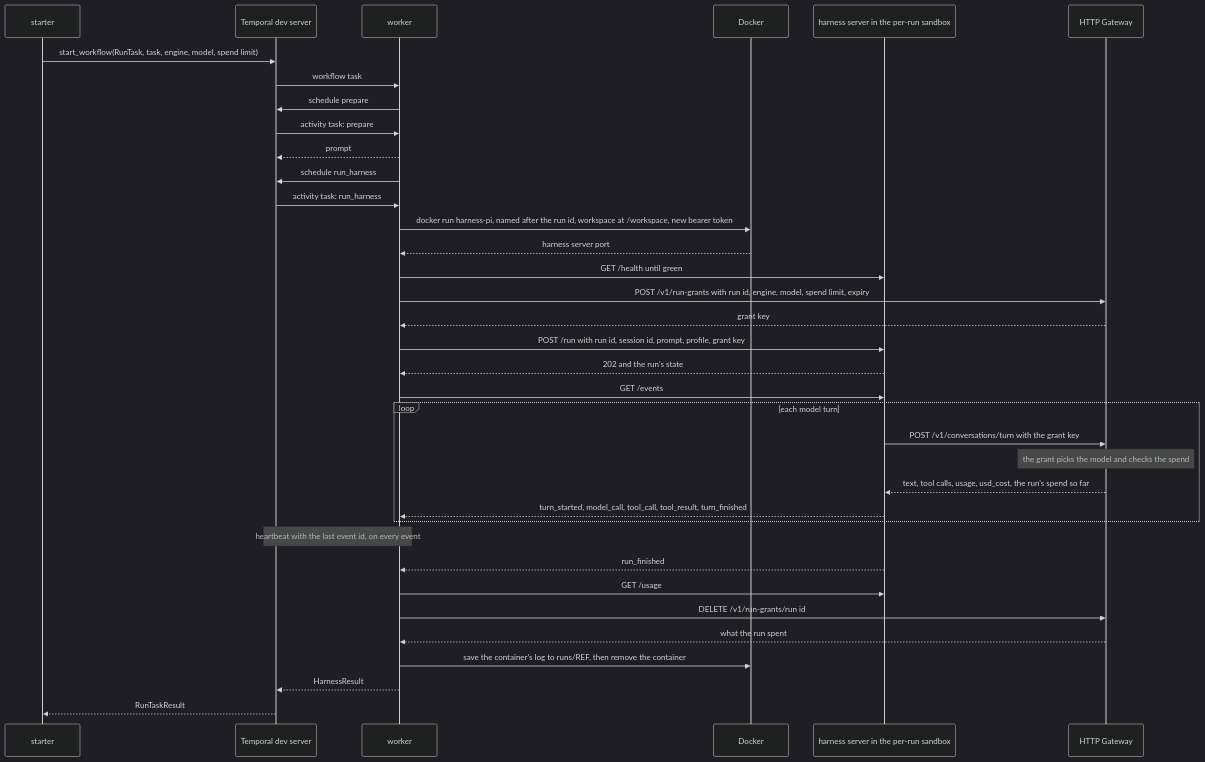
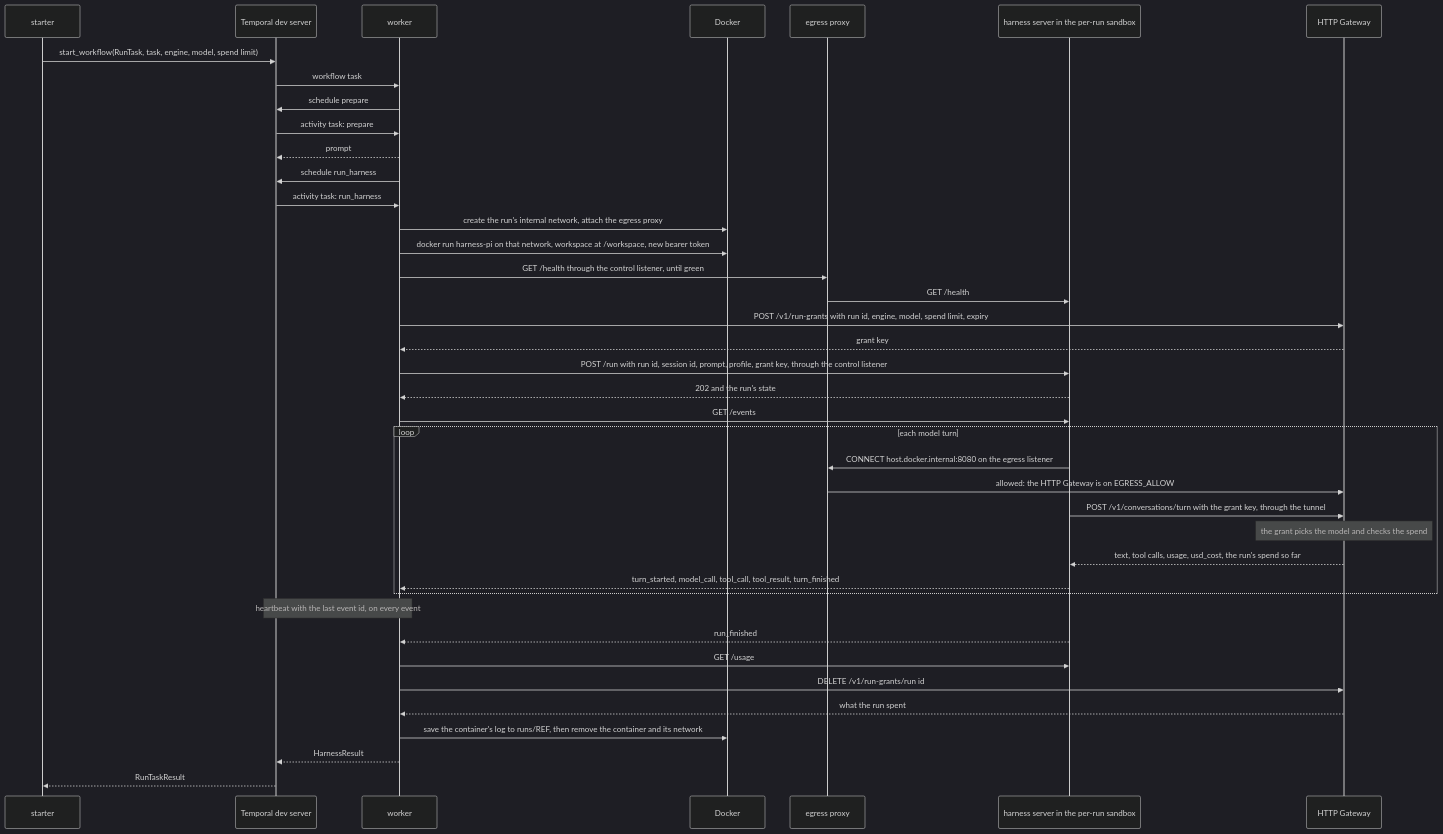
The diagram in samples/temporal-run-task/README.md (davecthomas/meta-harness), drawn with Mermaid (dark theme) before and after one commit. The commit also changed other lines of this file and 16 other files, not shown here.

First line of the commit message:
harness/egress-proxy: a per-run sandbox reaches only the allowlist

````diff
--- a/samples/temporal-run-task/README.md
+++ b/samples/temporal-run-task/README.md
@@ -88,38 +88,42 @@
 ```mermaid
 sequenceDiagram
     participant S as starter
     participant T as Temporal dev server
     participant W as worker
     participant D as Docker
+    participant E as egress proxy
     participant H as harness server in the per-run sandbox
     participant G as HTTP Gateway
     S->>T: start_workflow(RunTask, task, engine, model, spend limit)
     T->>W: workflow task
     W->>T: schedule prepare
     T->>W: activity task: prepare
     W-->>T: prompt
     W->>T: schedule run_harness
     T->>W: activity task: run_harness
-    W->>D: docker run harness-pi, named after the run id, workspace at /workspace, new bearer token
-    D-->>W: harness server port
-    W->>H: GET /health until green
+    W->>D: create the run's internal network, attach the egress proxy
+    W->>D: docker run harness-pi on that network, workspace at /workspace, new bearer token
+    W->>E: GET /health through the control listener, until green
+    E->>H: GET /health
     W->>G: POST /v1/run-grants with run id, engine, model, spend limit, expiry
     G-->>W: grant key
-    W->>H: POST /run with run id, session id, prompt, profile, grant key
+    W->>H: POST /run with run id, session id, prompt, profile, grant key, through the control listener
     H-->>W: 202 and the run's state
     W->>H: GET /events
     loop each model turn
-        H->>G: POST /v1/conversations/turn with the grant key
+        H->>E: CONNECT host.docker.internal:8080 on the egress listener
+        E->>G: allowed: the HTTP Gateway is on EGRESS_ALLOW
+        H->>G: POST /v1/conversations/turn with the grant key, through the tunnel
         Note over G: the grant picks the model and checks the spend
         G-->>H: text, tool calls, usage, usd_cost, the run's spend so far
         H-->>W: turn_started, model_call, tool_call, tool_result, turn_finished
     end
     Note over W,T: heartbeat with the last event id, on every event
     H-->>W: run_finished
     W->>H: GET /usage
     W->>G: DELETE /v1/run-grants/run id
     G-->>W: what the run spent
-    W->>D: save the container's log to runs/REF, then remove the container
+    W->>D: save the container's log to runs/REF, then remove the container and its network
     W-->>T: HarnessResult
     T-->>S: RunTaskResult
 ```
````
